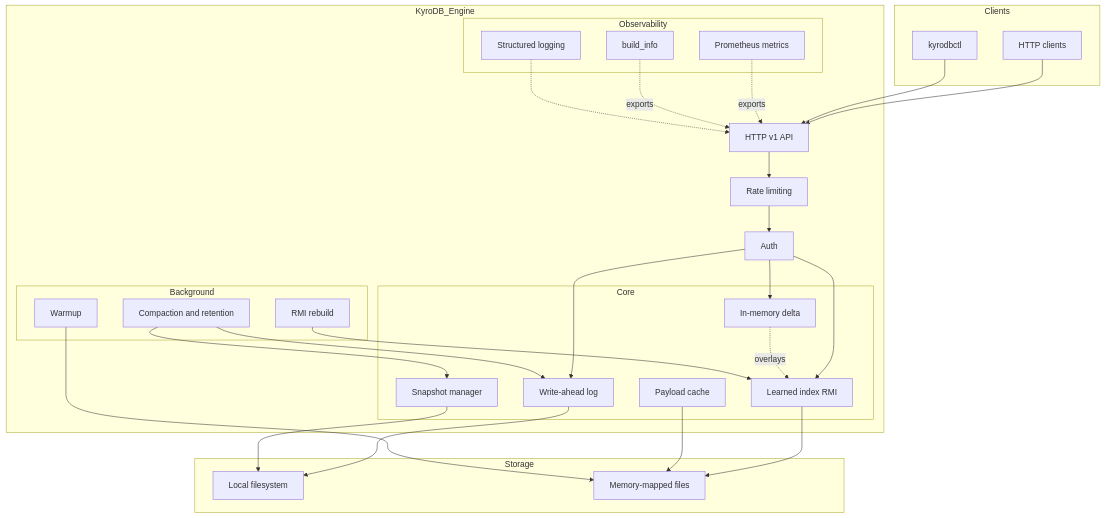
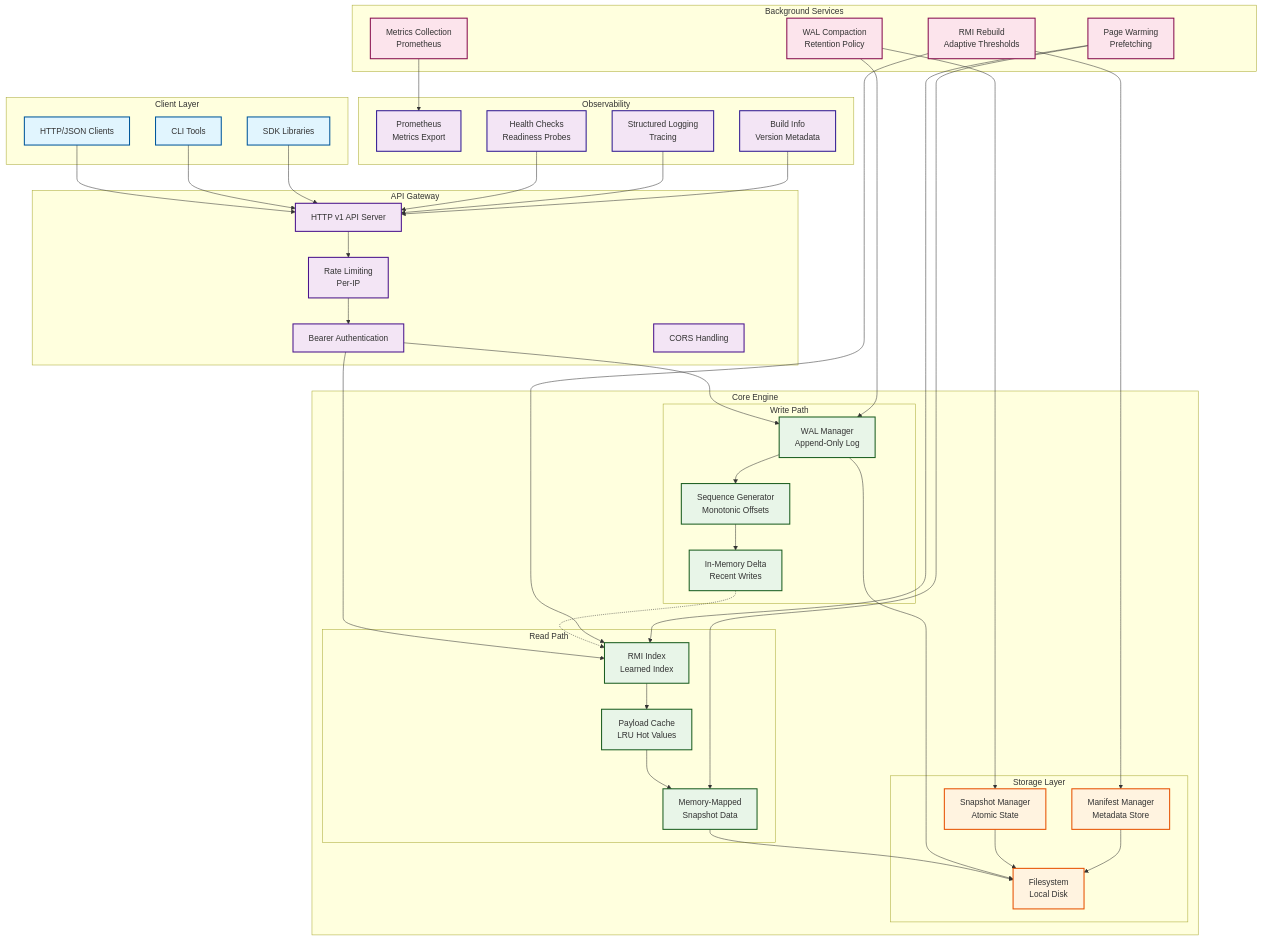
Before and after one commit to KyroDB/KyroDB: the first of 11 diagrams in visiondocument.md, drawn with Mermaid. The commit also changed other lines of this file, not shown here.

Commit message:
updated architecture

````diff
--- a/visiondocument.md
+++ b/visiondocument.md
@@ -45,61 +45,104 @@
 ```mermaid
 graph TB
-  subgraph Clients
-    C1[HTTP clients]
-    C2[kyrodbctl]
+  subgraph "Client Layer"
+    C1[HTTP/JSON Clients]
+    C2[CLI Tools]
+    C3[SDK Libraries]
   end
 
-  subgraph KyroDB_Engine
-    API[HTTP v1 API]
-    AUTH[Auth]
-    RL[Rate limiting]
+  subgraph "API Gateway"
+    API[HTTP v1 API Server]
+    AUTH[Bearer Authentication]
+    RL[Rate Limiting<br/>Per-IP]
+    CORS[CORS Handling]
+  end
 
-    subgraph Core
-      WAL[Write-ahead log]
-      SNAP[Snapshot manager]
-      RMI[Learned index RMI]
-      DELTA[In-memory delta]
-      PCACHE[Payload cache]
+  subgraph "Core Engine"
+    subgraph "Write Path"
+      WAL[WAL Manager<br/>Append-Only Log]
+      DELTA[In-Memory Delta<br/>Recent Writes]
+      SEQ[Sequence Generator<br/>Monotonic Offsets]
     end
 
-    subgraph Background
-      B1[Compaction and retention]
-      B2[RMI rebuild]
-      B3[Warmup]
+    subgraph "Read Path"
+      RMI[RMI Index<br/>Learned Index]
+      PCACHE[Payload Cache<br/>LRU Hot Values]
+      MMAP[Memory-Mapped<br/>Snapshot Data]
     end
 
-    subgraph Observability
-      M[Prometheus metrics]
-      BI[build_info]
-      LOG[Structured logging]
+    subgraph "Storage Layer"
+      SNAP[Snapshot Manager<br/>Atomic State]
+      MANIFEST[Manifest Manager<br/>Metadata Store]
+      FS[Filesystem<br/>Local Disk]
     end
   end
 
-  subgraph Storage
-    FS[Local filesystem]
-    MMAP[Memory-mapped files]
+  subgraph "Background Services"
+    COMPACT[WAL Compaction<br/>Retention Policy]
+    REBUILD[RMI Rebuild<br/>Adaptive Thresholds]
+    WARMUP[Page Warming<br/>Prefetching]
+    METRICS[Metrics Collection<br/>Prometheus]
   end
 
+  subgraph "Observability"
+    PROM[Prometheus<br/>Metrics Export]
+    HEALTH[Health Checks<br/>Readiness Probes]
+    LOGS[Structured Logging<br/>Tracing]
+    BUILD[Build Info<br/>Version Metadata]
+  end
+
+  %% Client connections
   C1 --> API
   C2 --> API
-  API --> RL --> AUTH
+  C3 --> API
 
+  %% API flow
+  API --> RL
+  RL --> AUTH
   AUTH --> WAL
   AUTH --> RMI
-  AUTH --> DELTA
 
+  %% Write flow
+  WAL --> SEQ
+  SEQ --> DELTA
+  DELTA -.-> RMI
+
+  %% Read flow
+  RMI --> PCACHE
+  PCACHE --> MMAP
+  MMAP --> FS
+
+  %% Storage connections
   WAL --> FS
   SNAP --> FS
-  RMI --> MMAP
-  DELTA -. overlays .-> RMI
-  PCACHE --> MMAP
+  MANIFEST --> FS
 
-  B1 --> WAL
-  B1 --> SNAP
-  B2 --> RMI
-  B3 --> MMAP
+  %% Background services
+  COMPACT --> WAL
+  COMPACT --> SNAP
+  REBUILD --> RMI
+  REBUILD --> MANIFEST
+  WARMUP --> MMAP
+  WARMUP --> RMI
 
-  M -. exports .-> API
-  BI -. exports .-> API
-  LOG -.-> API
+  %% Observability
+  METRICS --> PROM
+  HEALTH --> API
+  LOGS --> API
+  BUILD --> API
+
+  %% Styling
+  classDef clientClass fill:#e1f5fe,stroke:#01579b,stroke-width:2px
+  classDef apiClass fill:#f3e5f5,stroke:#4a148c,stroke-width:2px
+  classDef coreClass fill:#e8f5e8,stroke:#1b5e20,stroke-width:2px
+  classDef storageClass fill:#fff3e0,stroke:#e65100,stroke-width:2px
+  classDef backgroundClass fill:#fce4ec,stroke:#880e4f,stroke-width:2px
+  classDef observabilityClass fill:#f3e5f5,stroke:#311b92,stroke-width:2px
+
+  class C1,C2,C3 clientClass
+  class API,AUTH,RL,CORS apiClass
+  class WAL,DELTA,SEQ,RMI,PCACHE,MMAP coreClass
+  class SNAP,MANIFEST,FS storageClass
+  class COMPACT,REBUILD,WARMUP,METRICS backgroundClass
+  class PROM,HEALTH,LOGS,BUILD observabilityClass
 ```
````
